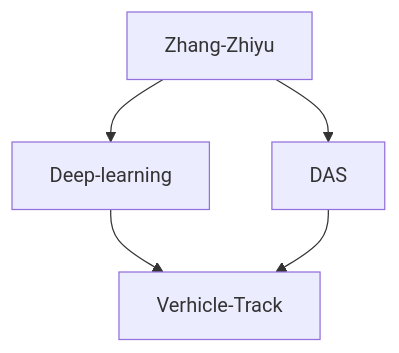
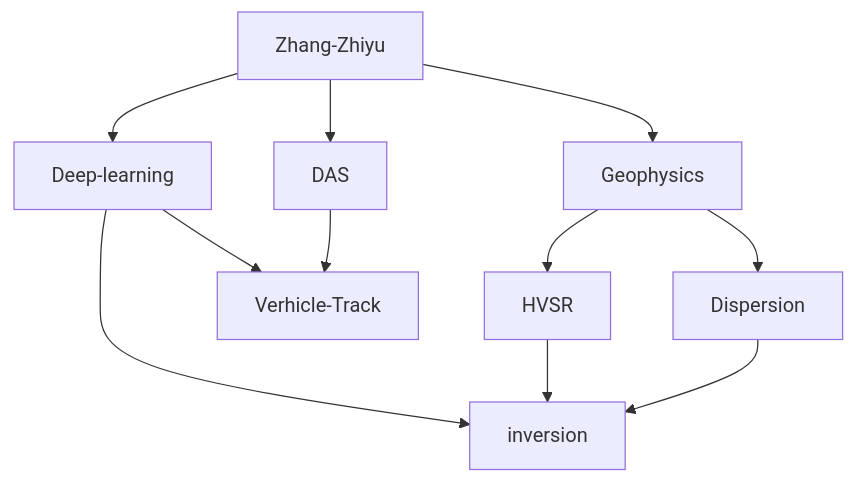
The diagram in Readme.md (erbiaoger/erbiaoger), drawn with Mermaid before and after one commit.

Commit message:
🚶 add

````diff
--- a/Readme.md
+++ b/Readme.md
@@ -76,7 +76,13 @@
 ```mermaid
 graph TD;
     Zhang-Zhiyu-->Deep-learning;
     Zhang-Zhiyu-->DAS;
+    Zhang-Zhiyu-->Geophysics;
+    Geophysics-->HVSR;
+    Geophysics-->Dispersion;
+    HVSR-->inversion;
+    Dispersion-->inversion;
+    Deep-learning-->inversion;
     Deep-learning-->Verhicle-Track;
     DAS-->Verhicle-Track;
    ```
````
